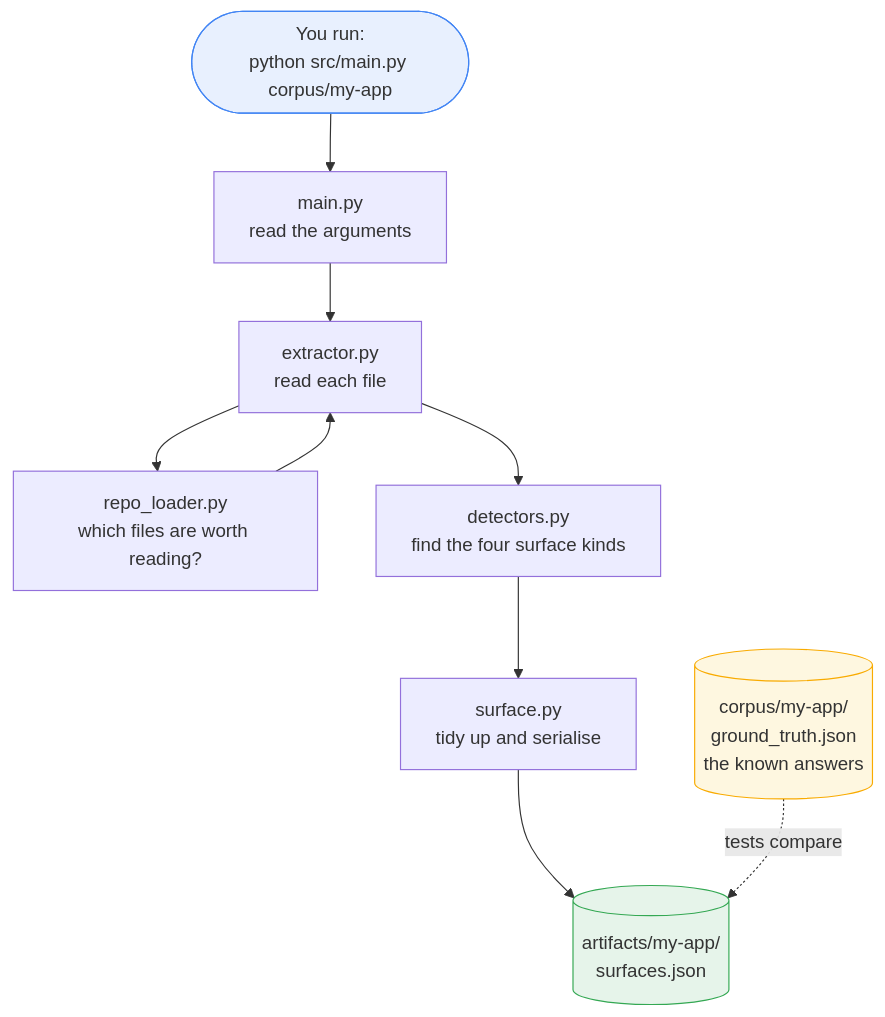
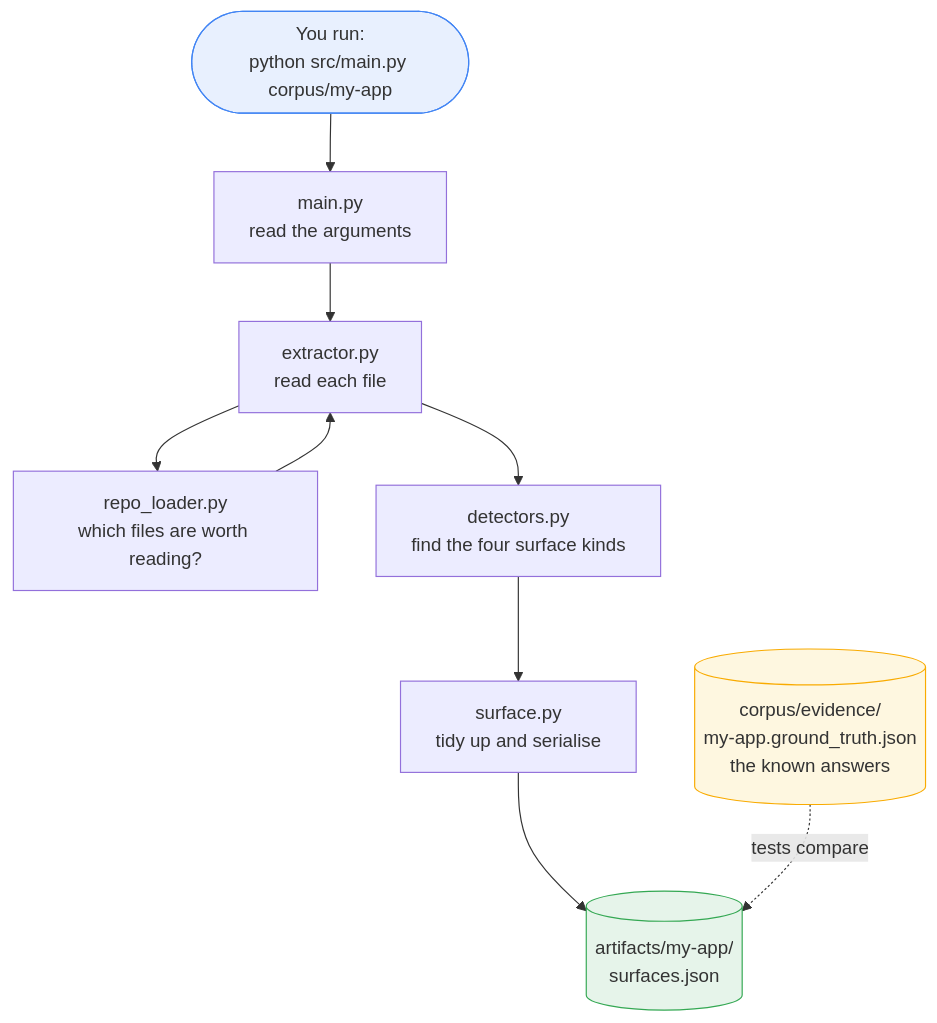
One commit to heinthtnaung/AgenticLLMAppAuditor changed the first of 5 diagrams in docs/FLOW.md. Above: the diagram before and after it, drawn with Mermaid. The commit also changed other lines of this file and 114 other files, not shown here.

````diff
--- a/docs/FLOW.md
+++ b/docs/FLOW.md
@@ -14,16 +14,16 @@
 ```mermaid
 flowchart TD
     U([You run:<br/>python src/main.py corpus/my-app]) --> M[main.py<br/>read the arguments]
     M --> X[extractor.py<br/>read each file]
     X --> L[repo_loader.py<br/>which files are worth reading?]
     L --> X
     X --> D[detectors.py<br/>find the four surface kinds]
     D --> S[surface.py<br/>tidy up and serialise]
     S --> A[(artifacts/my-app/<br/>surfaces.json)]
 
-    GT[(corpus/my-app/<br/>ground_truth.json<br/>the known answers)] -.->|tests compare| A
+    GT[(corpus/evidence/<br/>my-app.ground_truth.json<br/>the known answers)] -.->|tests compare| A
 
     style U fill:#e8f0fe,stroke:#4285f4
     style A fill:#e6f4ea,stroke:#34a853
     style GT fill:#fef7e0,stroke:#f9ab00
 ```
````
